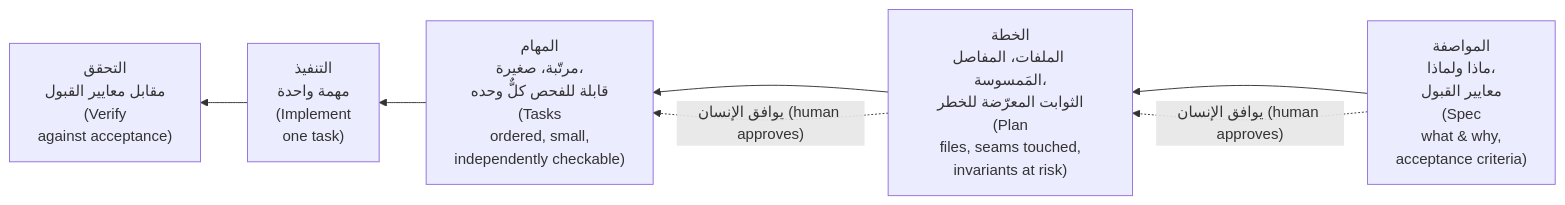
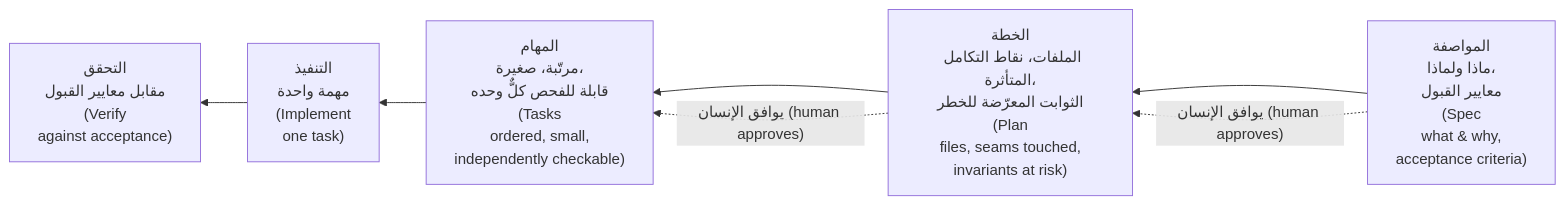
Before and after one commit to Tamoura/system-design-for-vibe-coders: the first of 8 diagrams in modules/09-directing-ai-team/module.ar.md, drawn with Mermaid. The commit also changed other lines of this file and 433 other files, not shown here.

````diff
--- a/modules/09-directing-ai-team/module.ar.md
+++ b/modules/09-directing-ai-team/module.ar.md
@@ -42,9 +44,9 @@
 ```mermaid
 flowchart RL
-    S["المواصفة<br/>ماذا ولماذا،<br/>معايير القبول<br/>(Spec<br/>what & why,<br/>acceptance criteria)"] --> P["الخطة<br/>الملفات، المفاصل المَمسوسة،<br/>الثوابت المعرّضة للخطر<br/>(Plan<br/>files, seams touched,<br/>invariants at risk)"]
+    S["المواصفة<br/>ماذا ولماذا،<br/>معايير القبول<br/>(Spec<br/>what & why,<br/>acceptance criteria)"] --> P["الخطة<br/>الملفات، نقاط التكامل المتأثرة،<br/>الثوابت المعرّضة للخطر<br/>(Plan<br/>files, seams touched,<br/>invariants at risk)"]
     P --> T["المهام<br/>مرتّبة، صغيرة،<br/>قابلة للفحص كلٌّ وحده<br/>(Tasks<br/>ordered, small,<br/>independently checkable)"]
     T --> I["التنفيذ<br/>مهمة واحدة<br/>(Implement<br/>one task)"]
     I --> V["التحقق<br/>مقابل معايير القبول<br/>(Verify<br/>against acceptance)"]
     S -.->|"يوافق الإنسان (human approves)"| P
     P -.->|"يوافق الإنسان (human approves)"| T
 ```
````
